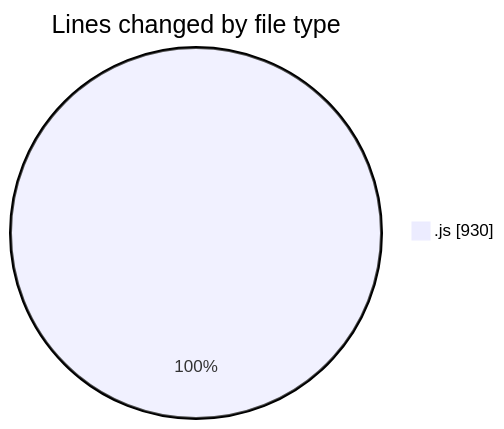
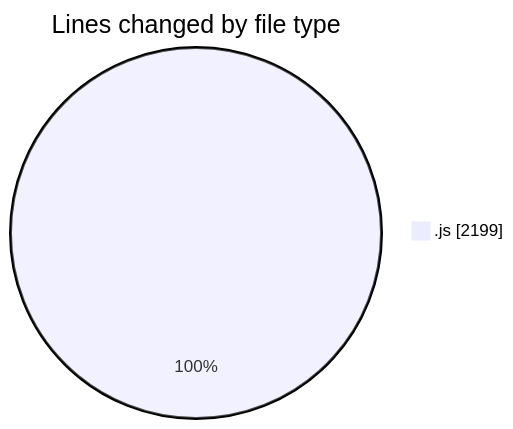
Before and after one commit to nxtqubesakshisongat/code-tracking: the first of 2 diagrams in 2025-09-04/nxtqube_webapp/README.md, drawn with Mermaid. The commit also changed other lines of this file and 1 other file, not shown here.

````diff
--- a/2025-09-04/nxtqube_webapp/README.md
+++ b/2025-09-04/nxtqube_webapp/README.md
@@ -20,5 +20,5 @@
 ```mermaid
 pie showData
 title Lines changed by file type
-".js" : 930
+".js" : 2199
 ```
````
